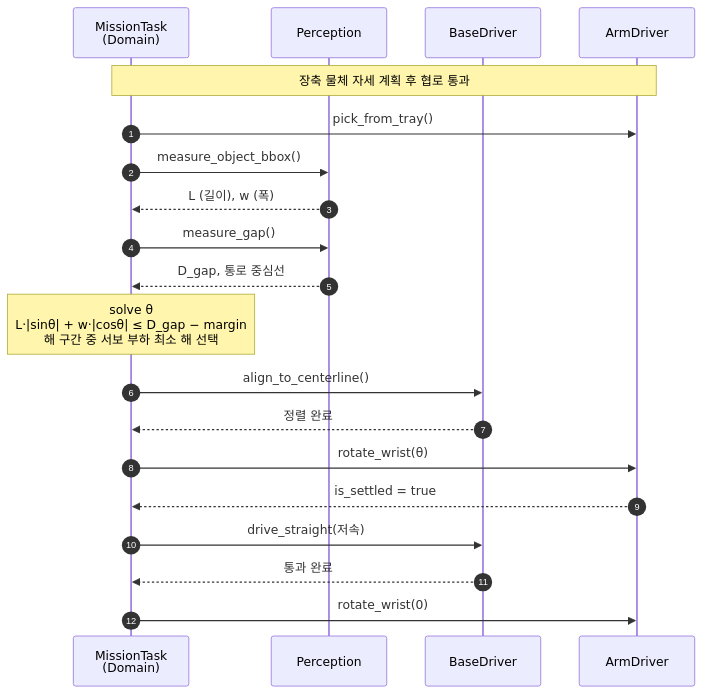
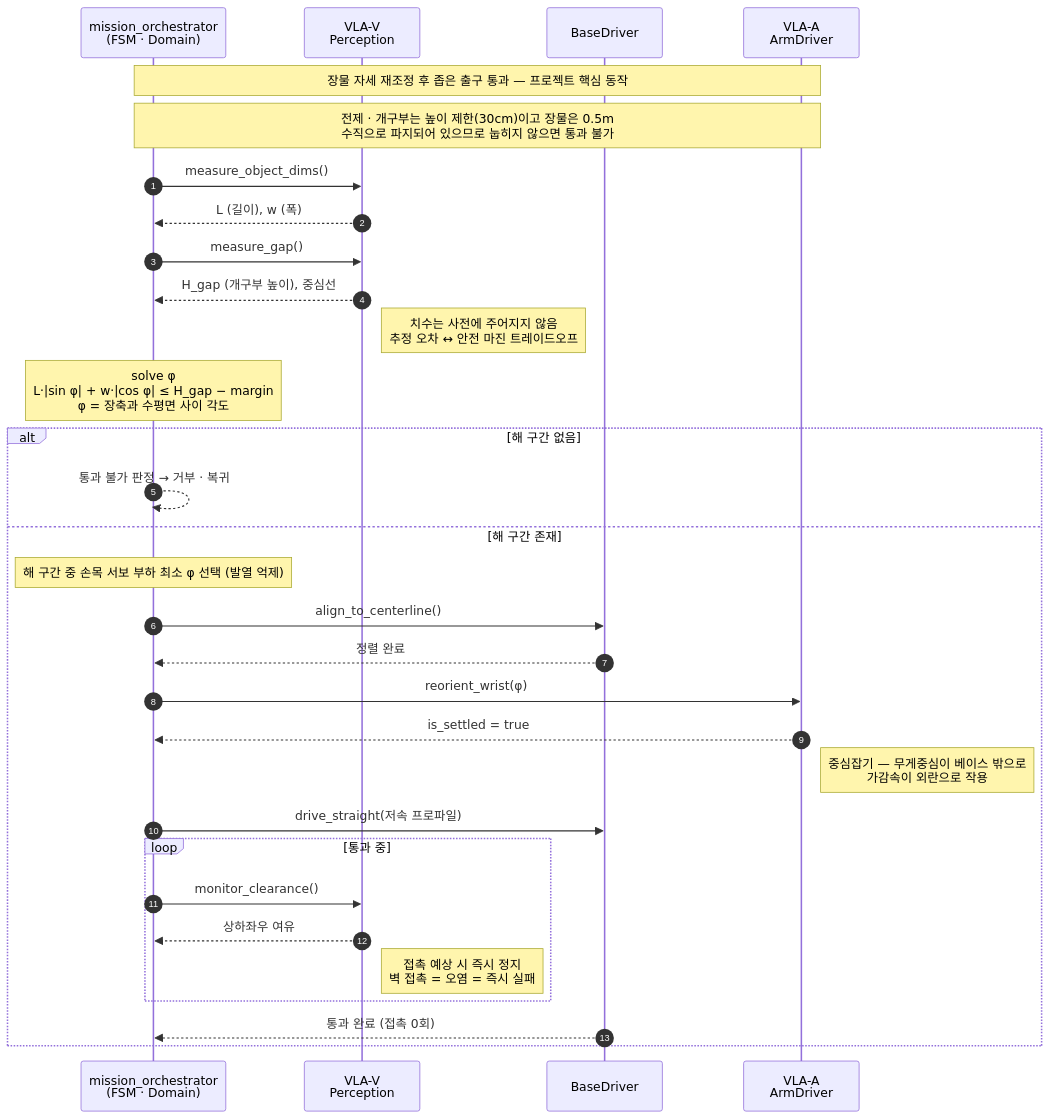
One commit to grippers-intel/grippers changed the third of 3 diagrams in README.md. Above: the diagram before and after it, drawn with Mermaid. The commit also changed other lines of this file, not shown here.

````diff
--- a/README.md
+++ b/README.md
@@ -223,26 +269,38 @@
 ```mermaid
 sequenceDiagram
     autonumber
-    participant T as MissionTask<br/>(Domain)
-    participant P as Perception
+    participant T as mission_orchestrator<br/>(FSM · Domain)
+    participant V as VLA-V<br/>Perception
     participant B as BaseDriver
-    participant A as ArmDriver
+    participant A as VLA-A<br/>ArmDriver
 
-    Note over T,A: 장축 물체 자세 계획 후 협로 통과
+    Note over T,A: 장물 자세 재조정 후 좁은 출구 통과 — 프로젝트 핵심 동작
 
-    T->>A: pick_from_tray()
-    T->>P: measure_object_bbox()
-    P-->>T: L (길이), w (폭)
-    T->>P: measure_gap()
-    P-->>T: D_gap, 통로 중심선
+    Note over T,A: 전제 · 개구부는 높이 제한(30cm)이고 장물은 0.5m<br/>수직으로 파지되어 있으므로 눕히지 않으면 통과 불가
 
-    Note over T: solve θ<br/>L·|sinθ| + w·|cosθ| ≤ D_gap − margin<br/>해 구간 중 서보 부하 최소 해 선택
+    T->>V: measure_object_dims()
+    V-->>T: L (길이), w (폭)
+    T->>V: measure_gap()
+    V-->>T: H_gap (개구부 높이), 중심선
+    Note right of V: 치수는 사전에 주어지지 않음<br/>추정 오차 ↔ 안전 마진 트레이드오프
 
-    T->>B: align_to_centerline()
-    B-->>T: 정렬 완료
-    T->>A: rotate_wrist(θ)
-    A-->>T: is_settled = true
-    T->>B: drive_straight(저속)
-    B-->>T: 통과 완료
-    T->>A: rotate_wrist(0)
+    Note over T: solve φ<br/>L·|sin φ| + w·|cos φ| ≤ H_gap − margin<br/>φ = 장축과 수평면 사이 각도
+
+    alt 해 구간 없음
+        T-->>T: 통과 불가 판정 → 거부 · 복귀
+    else 해 구간 존재
+        Note over T: 해 구간 중 손목 서보 부하 최소 φ 선택 (발열 억제)
+        T->>B: align_to_centerline()
+        B-->>T: 정렬 완료
+        T->>A: reorient_wrist(φ)
+        A-->>T: is_settled = true
+        Note right of A: 중심잡기 — 무게중심이 베이스 밖으로<br/>가감속이 외란으로 작용
+        T->>B: drive_straight(저속 프로파일)
+        loop 통과 중
+            T->>V: monitor_clearance()
+            V-->>T: 상하좌우 여유
+            Note right of V: 접촉 예상 시 즉시 정지<br/>벽 접촉 = 오염 = 즉시 실패
+        end
+        B-->>T: 통과 완료 (접촉 0회)
+    end
 ```
````
